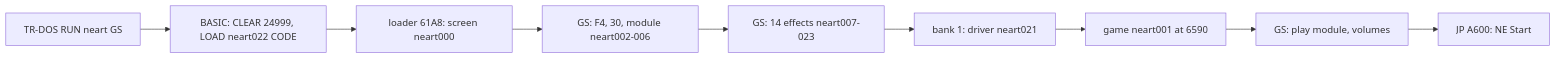
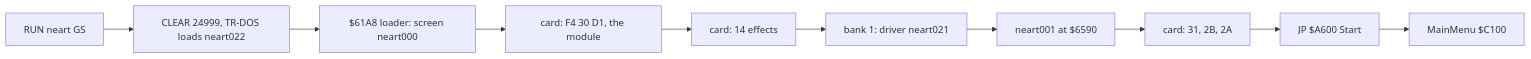
The first of 2 diagrams in games/nether-earth-gs/docs/02-architecture.md (alfishe/unrealng-reverse-cases), drawn with Mermaid before and after one commit. The commit also changed other lines of this file and 90 other files, not shown here.

````diff
--- a/games/nether-earth-gs/docs/02-architecture.md
+++ b/games/nether-earth-gs/docs/02-architecture.md
@@ -66,11 +122,12 @@
 ```mermaid
 flowchart LR
-  A[TR-DOS RUN neart GS] --> B[BASIC: CLEAR 24999, LOAD neart022 CODE]
-  B --> C[loader 61A8: screen neart000]
-  C --> D[GS: F4, 30, module neart002-006]
-  D --> E[GS: 14 effects neart007-023]
-  E --> F[bank 1: driver neart021]
-  F --> G[game neart001 at 6590]
-  G --> H[GS: play module, volumes]
-  H --> I[JP A600: NE Start]
+  A["RUN neart GS"] --> B["CLEAR 24999, TR-DOS loads neart022"]
+  B --> C["$61A8 loader: screen neart000"]
+  C --> D["card: F4 30 D1, the module"]
+  D --> E["card: 14 effects"]
+  E --> F["bank 1: driver neart021"]
+  F --> G["neart001 at $6590"]
+  G --> H["card: 31, 2B, 2A"]
+  H --> I["JP $A600 Start"]
+  I --> J["MainMenu $C100"]
 ```
````
